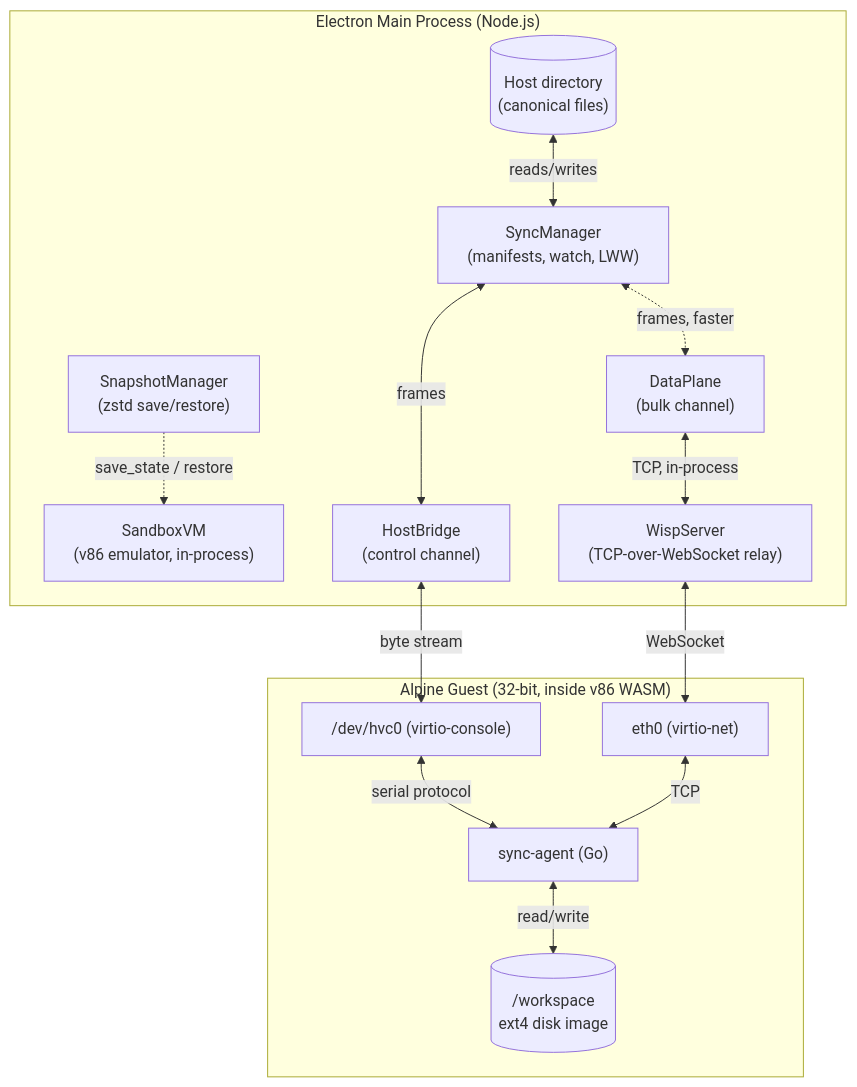
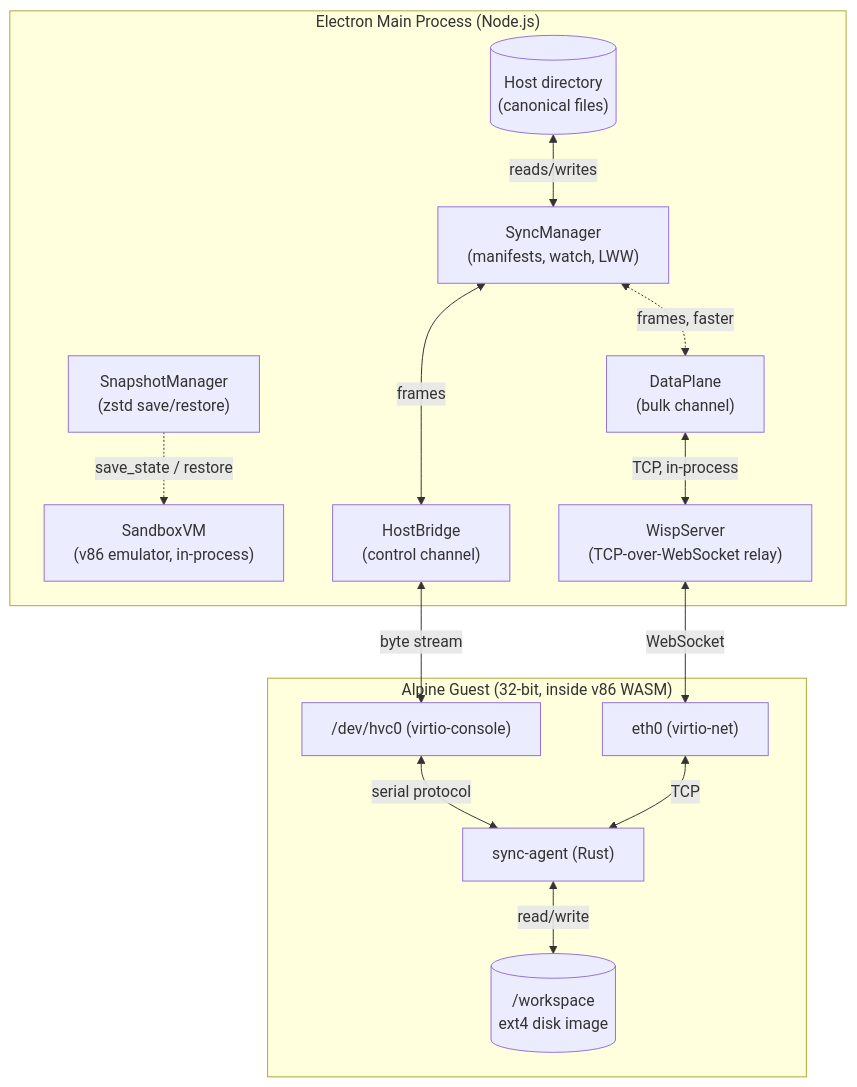
The first of 4 diagrams in sandbox/docs/data-plane-architecture.md (semidark/valencebox), drawn with Mermaid before and after one commit. The commit also changed 14 other files, not shown here.

First line of the commit message:
chore: remove Go sync-agent; update docs for Rust rewrite

````diff
--- a/sandbox/docs/data-plane-architecture.md
+++ b/sandbox/docs/data-plane-architecture.md
@@ -11,30 +11,30 @@
 ```mermaid
 graph TB
     subgraph Host["Electron Main Process (Node.js)"]
         VM["SandboxVM<br/>(v86 emulator, in-process)"]
         Bridge["HostBridge<br/>(control channel)"]
         DP["DataPlane<br/>(bulk channel)"]
         Sync["SyncManager<br/>(manifests, watch, LWW)"]
         Wisp["WispServer<br/>(TCP-over-WebSocket relay)"]
         Snap["SnapshotManager<br/>(zstd save/restore)"]
         HostDir[("Host directory<br/>(canonical files)")]
     end
 
     subgraph Guest["Alpine Guest (32-bit, inside v86 WASM)"]
-        Agent["sync-agent (Go)"]
+        Agent["sync-agent (Rust)"]
         WS[("/workspace<br/>ext4 disk image")]
         Eth["eth0 (virtio-net)"]
         Hvc["/dev/hvc0 (virtio-console)"]
     end
 
     HostDir <-->|reads/writes| Sync
     Sync <-->|frames| Bridge
     Sync <-.->|frames, faster| DP
     Bridge <-->|byte stream| Hvc
     DP <-->|TCP, in-process| Wisp
     Wisp <-->|WebSocket| Eth
     Hvc <-->|serial protocol| Agent
     Eth <-->|TCP| Agent
     Agent <-->|read/write| WS
     Snap -.->|save_state / restore| VM
 ```
````
